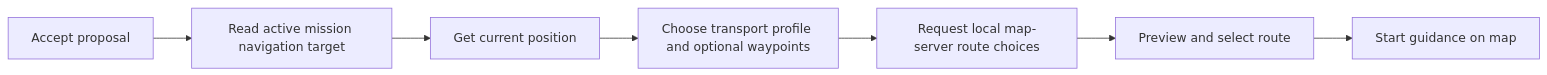
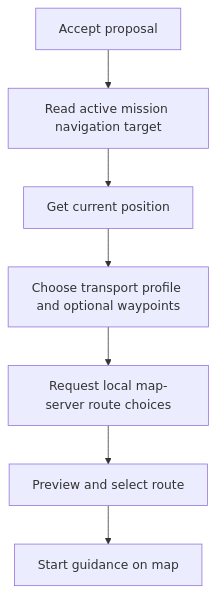
The sixth of 6 diagrams in docs/DIAGRAMS/SOS_FLOW.md (komeilm76/borobiya), drawn with Mermaid before and after one commit. The commit also changed other lines of this file and 4 other files, not shown here.

Commit message:
Review rendered SOS, ERD and map pipeline diagrams

````diff
--- a/docs/DIAGRAMS/SOS_FLOW.md
+++ b/docs/DIAGRAMS/SOS_FLOW.md
@@ -98,9 +98,9 @@
 ```mermaid
-flowchart LR
+flowchart TD
   A[Accept proposal] --> B[Read active mission navigation target]
   B --> C[Get current position]
   C --> D[Choose transport profile and optional waypoints]
   D --> E[Request local map-server route choices]
   E --> F[Preview and select route]
   F --> G[Start guidance on map]
 ```
````
